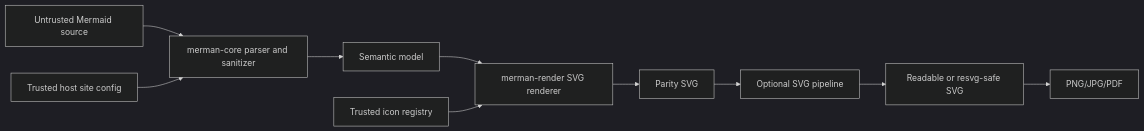
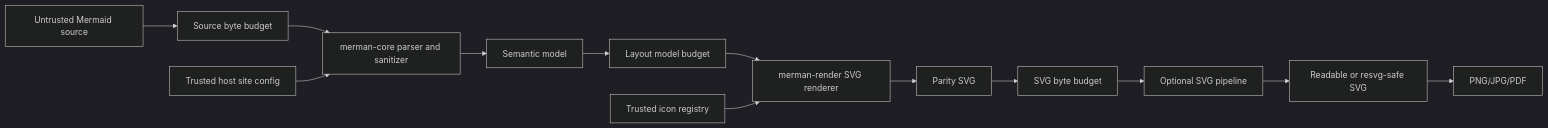
The diagram in docs/security/THREAT_MODEL.md (Latias94/merman), drawn with Mermaid (dark theme) before and after one commit. The commit also changed other lines of this file and 36 other files, not shown here.

````diff
--- a/docs/security/THREAT_MODEL.md
+++ b/docs/security/THREAT_MODEL.md
@@ -18,12 +18,15 @@
 ```mermaid
 flowchart LR
-    Source[Untrusted Mermaid source] --> Core[merman-core parser and sanitizer]
+    Source[Untrusted Mermaid source] --> SourceBudget[Source byte budget]
+    SourceBudget --> Core[merman-core parser and sanitizer]
     SiteConfig[Trusted host site config] --> Core
     Core --> Model[Semantic model]
-    Model --> Render[merman-render SVG renderer]
+    Model --> LayoutBudget[Layout model budget]
+    LayoutBudget --> Render[merman-render SVG renderer]
     Icons[Trusted icon registry] --> Render
     Render --> Parity[Parity SVG]
-    Parity --> Pipeline[Optional SVG pipeline]
+    Parity --> SvgBudget[SVG byte budget]
+    SvgBudget --> Pipeline[Optional SVG pipeline]
     Pipeline --> SafeSvg[Readable or resvg-safe SVG]
     SafeSvg --> Raster[PNG/JPG/PDF]
 ```
````
